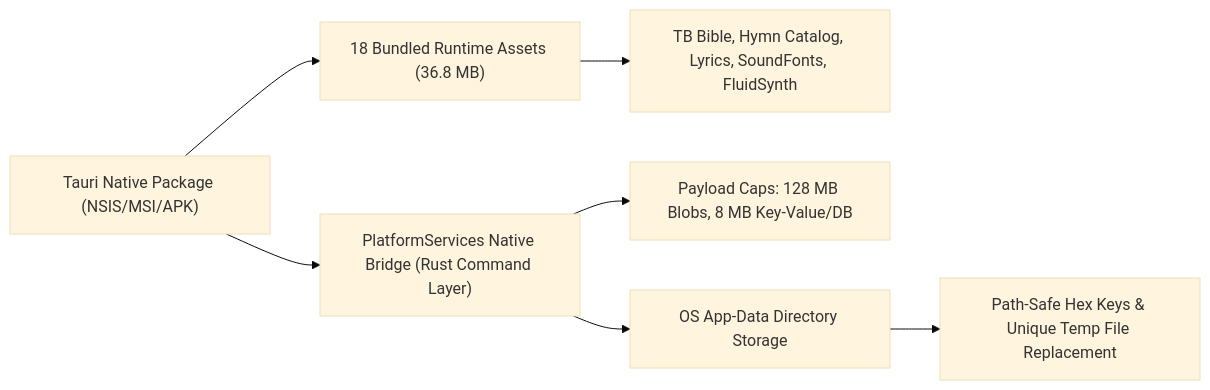
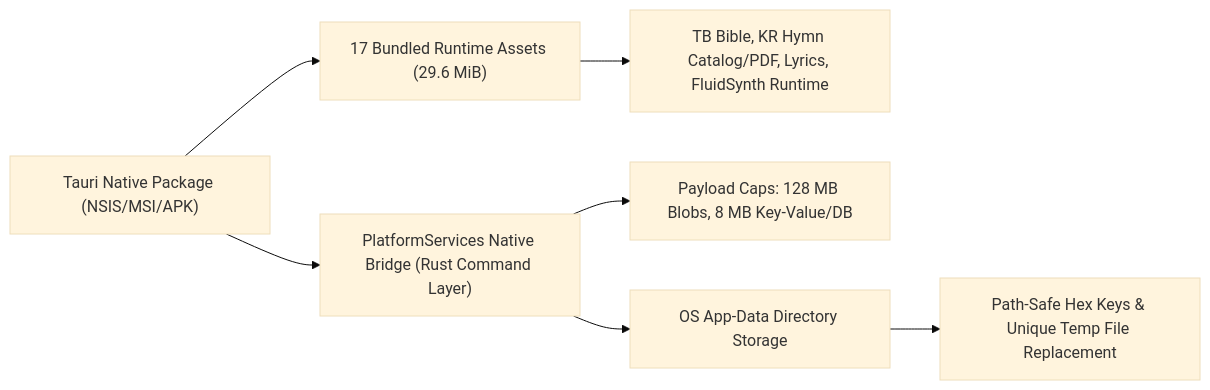
One commit to gyspnk/GYSApp-Tauri changed diagram 19 of 21 in docs/architecture.md. Above: the diagram before and after it, drawn with Mermaid (base theme). The commit also changed other lines of this file and 92 other files, not shown here.

````diff
--- a/docs/architecture.md
+++ b/docs/architecture.md
@@ -422,9 +416,9 @@
 ```mermaid
 flowchart LR
-  TAURI["Tauri Native Package (NSIS/MSI/APK)"] --> ASSETS["18 Bundled Runtime Assets (36.8 MB)"]
-  ASSETS --> SEEDS["TB Bible, Hymn Catalog, Lyrics, SoundFonts, FluidSynth"]
+  TAURI["Tauri Native Package (NSIS/MSI/APK)"] --> ASSETS["17 Bundled Runtime Assets (29.6 MiB)"]
+  ASSETS --> SEEDS["TB Bible, KR Hymn Catalog/PDF, Lyrics, FluidSynth Runtime"]
   TAURI --> BRIDGE["PlatformServices Native Bridge (Rust Command Layer)"]
   BRIDGE --> CAPS["Payload Caps: 128 MB Blobs, 8 MB Key-Value/DB"]
   BRIDGE --> APPDATA["OS App-Data Directory Storage"]
   APPDATA --> ATOMIC["Path-Safe Hex Keys & Unique Temp File Replacement"]
 ```
````
